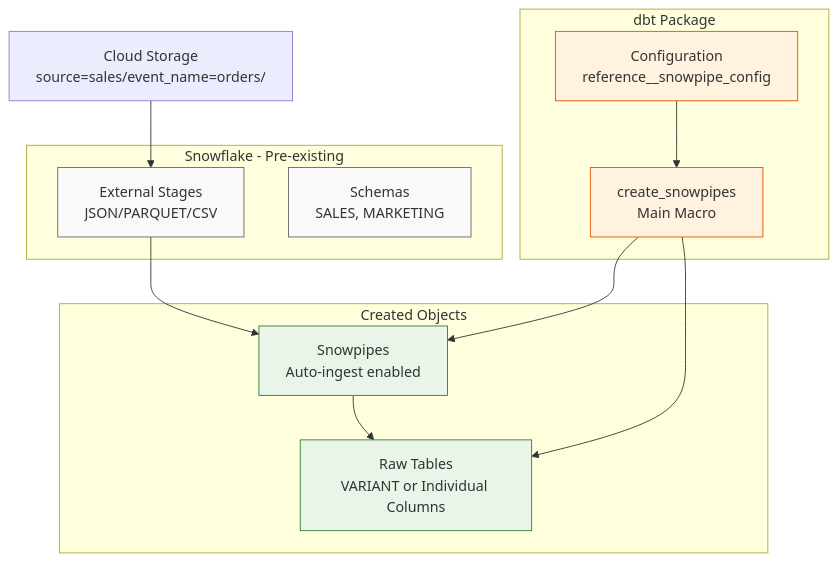
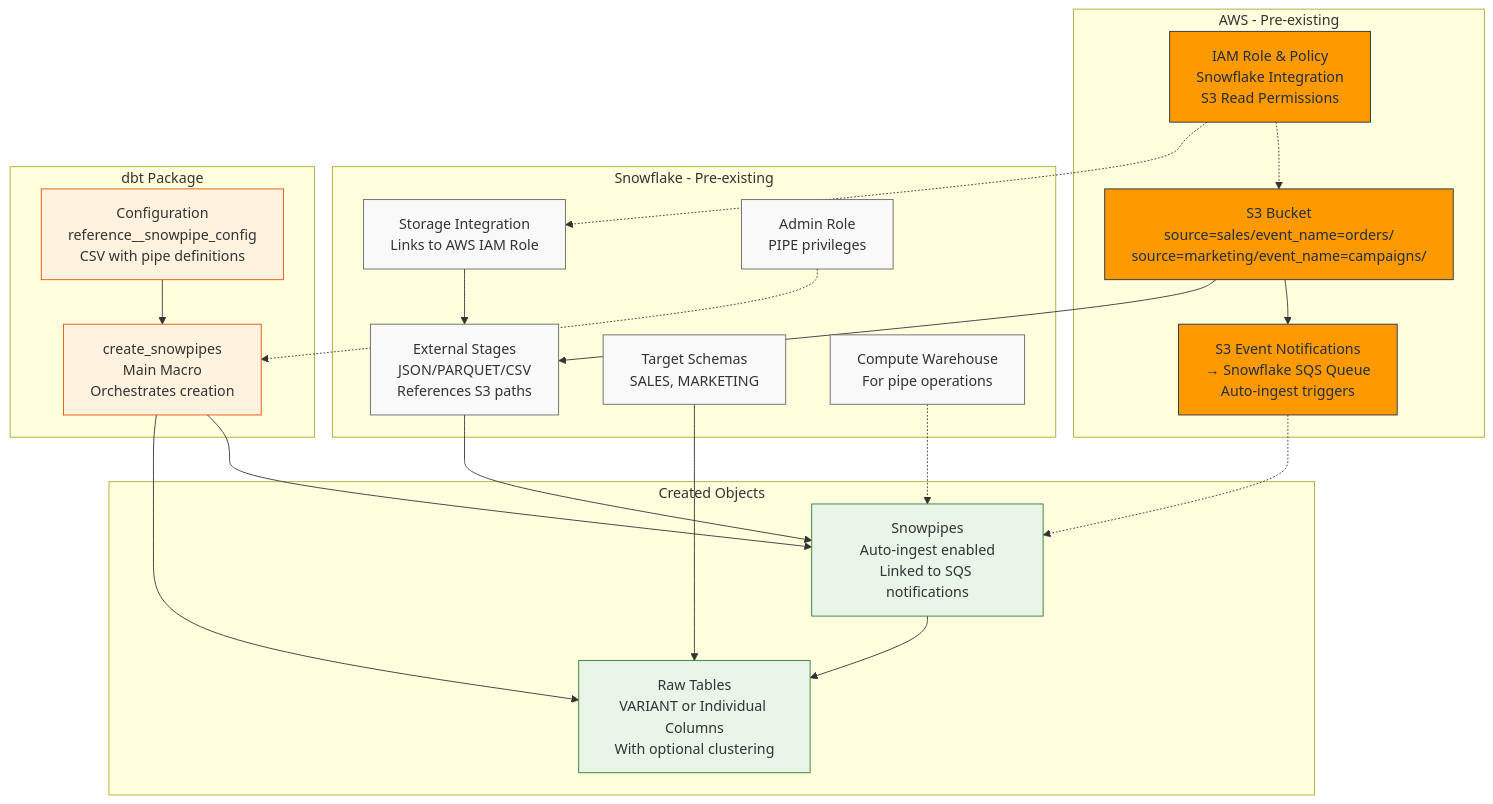
The diagram in README.md (entechlog/dbt-snowpipe-utils), drawn with Mermaid before and after one commit. The commit also changed other lines of this file, not shown here.

````diff
--- a/README.md
+++ b/README.md
@@ -7,34 +7,57 @@
 ```mermaid
 graph TD
-    S3[Cloud Storage<br/>source=sales/event_name=orders/] 
+    subgraph AWS [AWS - Pre-existing]
+        S3[S3 Bucket<br/>source=sales/event_name=orders/<br/>source=marketing/event_name=campaigns/]
+        IAM[IAM Role & Policy<br/>Snowflake Integration<br/>S3 Read Permissions]
+        SQS[S3 Event Notifications<br/>→ Snowflake SQS Queue<br/>Auto-ingest triggers]
+        
+        S3 --> SQS
+        IAM -.-> S3
+    end
     
     subgraph SF [Snowflake - Pre-existing]
-        STAGES[External Stages<br/>JSON/PARQUET/CSV]
-        SCHEMAS[Schemas<br/>SALES, MARKETING]
+        SI[Storage Integration<br/>Links to AWS IAM Role]
+        STAGES[External Stages<br/>JSON/PARQUET/CSV<br/>References S3 paths]
+        SCHEMAS[Target Schemas<br/>SALES, MARKETING]
+        WH[Compute Warehouse<br/>For pipe operations]
+        ROLES[Admin Role<br/>PIPE privileges]
     end
     
     subgraph PKG [dbt Package]
-        CONFIG[Configuration<br/>reference__snowpipe_config]
-        MACRO[create_snowpipes<br/>Main Macro]
+        CONFIG[Configuration<br/>reference__snowpipe_config<br/>CSV with pipe definitions]
+        MACRO[create_snowpipes<br/>Main Macro<br/>Orchestrates creation]
     end
     
     subgraph CREATED [Created Objects]
-        PIPES[Snowpipes<br/>Auto-ingest enabled]
-        TABLES[Raw Tables<br/>VARIANT or Individual Columns]
+        PIPES[Snowpipes<br/>Auto-ingest enabled<br/>Linked to SQS notifications]
+        TABLES[Raw Tables<br/>VARIANT or Individual Columns<br/>With optional clustering]
     end
     
+    %% Data flow
     S3 --> STAGES
+    SQS -.-> PIPES
     STAGES --> PIPES
     PIPES --> TABLES
+    
+    %% Configuration flow
     CONFIG --> MACRO
     MACRO --> PIPES
     MACRO --> TABLES
     
+    %% Dependencies
+    IAM -.-> SI
+    SI --> STAGES
+    WH -.-> PIPES
+    ROLES -.-> MACRO
+    SCHEMAS --> TABLES
+    
+    classDef aws fill:#ff9900,stroke:#232f3e,color:#232f3e
     classDef preexisting fill:#f9f9f9,stroke:#666
     classDef created fill:#e8f5e8,stroke:#2e7d32
     classDef package fill:#fff3e0,stroke:#e65100
     
-    class STAGES,SCHEMAS preexisting
+    class S3,IAM,SQS aws
+    class SI,STAGES,SCHEMAS,WH,ROLES preexisting
     class PIPES,TABLES created
     class CONFIG,MACRO package
 ```
````
